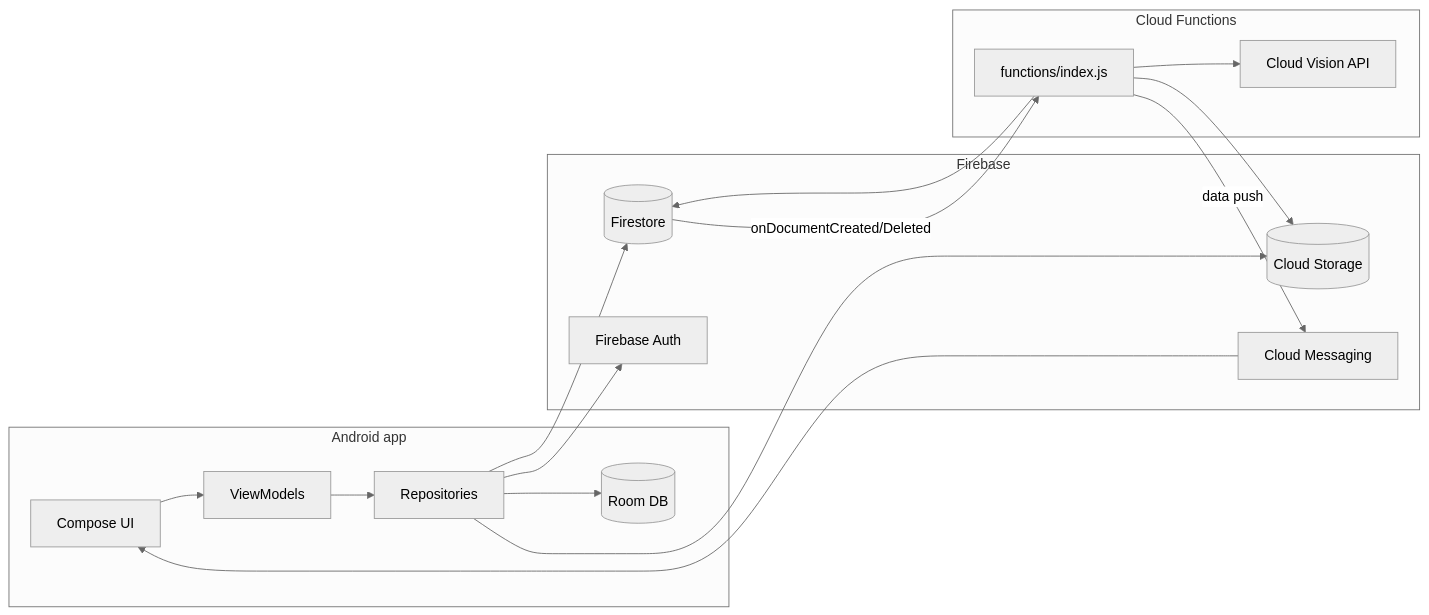
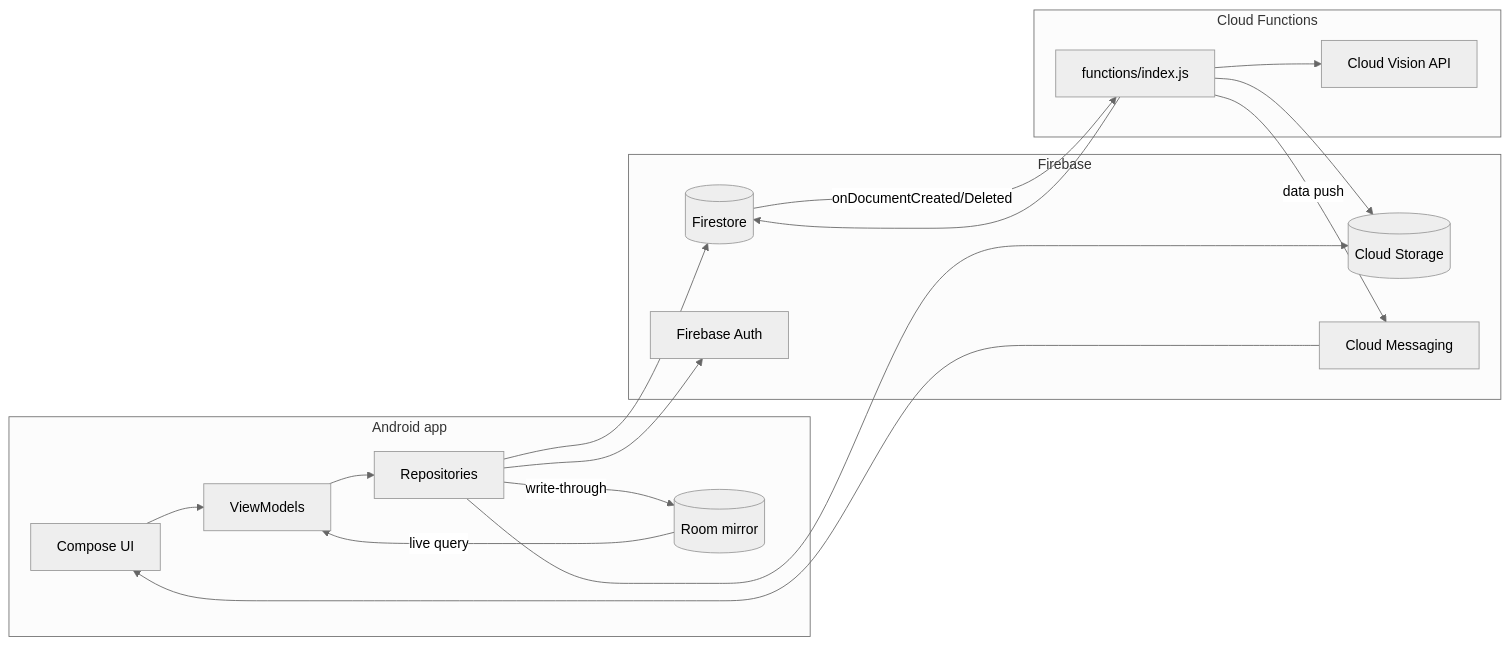
The diagram in ARCHITECTURE.md (jiahan8/SmartPhotos), drawn with Mermaid (neutral theme) before and after one commit. The commit also changed other lines of this file and 2 other files, not shown here.

Commit message:
Update AGENTS.md, ARCHITECTURE.md and README.md

````diff
--- a/ARCHITECTURE.md
+++ b/ARCHITECTURE.md
@@ -20,30 +22,31 @@
 ```mermaid
 flowchart LR
     subgraph Android app
         UI[Compose UI]
         VM[ViewModels]
         Repo[Repositories]
-        Room[(Room DB)]
+        Room[(Room mirror)]
     end
     subgraph Firebase
         FS[(Firestore)]
         Storage[(Cloud Storage)]
         Auth[Firebase Auth]
         FCM[Cloud Messaging]
     end
     subgraph Cloud Functions
         CF[functions/index.js]
         Vision[Cloud Vision API]
     end
 
     UI --> VM --> Repo
-    Repo --> Room
+    Repo -- write-through --> Room
+    Room -- live query --> VM
     Repo --> FS
     Repo --> Storage
     Repo --> Auth
     FS -- onDocumentCreated/Deleted --> CF
     CF --> Vision
     CF --> FS
     CF --> Storage
     CF -- data push --> FCM --> UI
 ```
````
